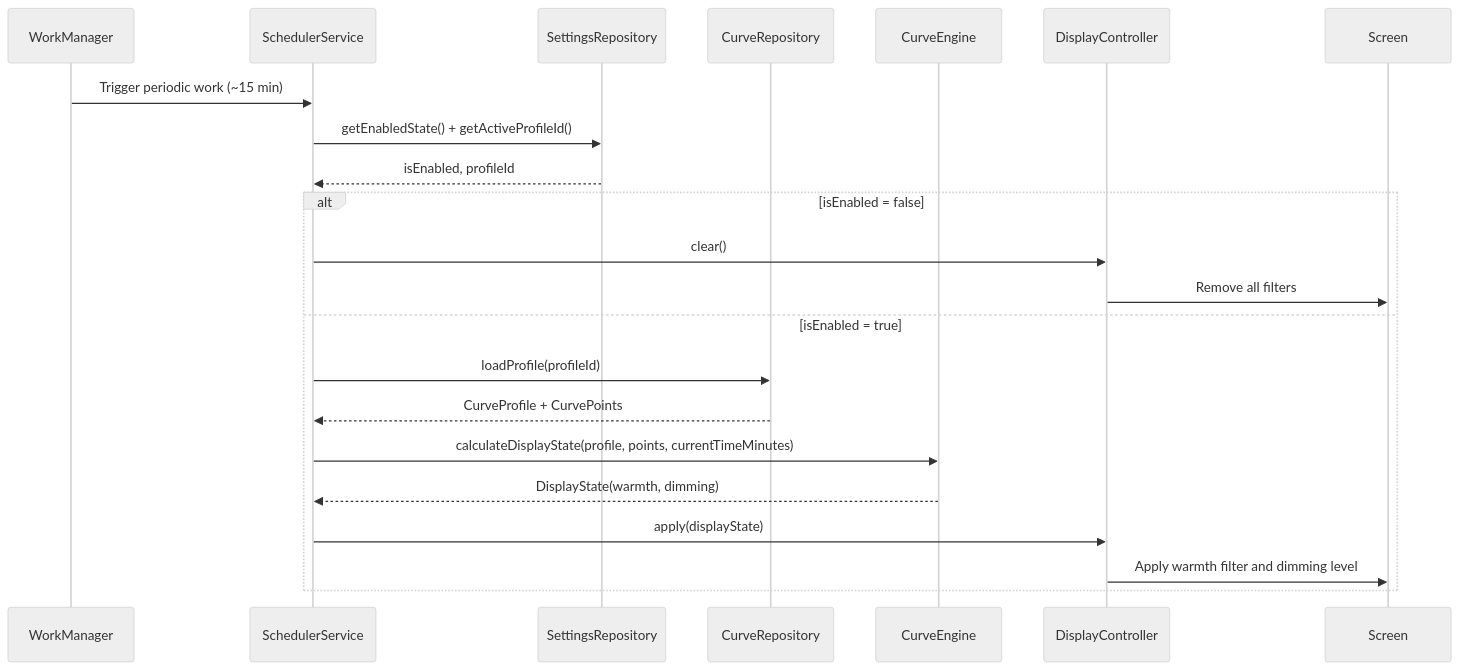
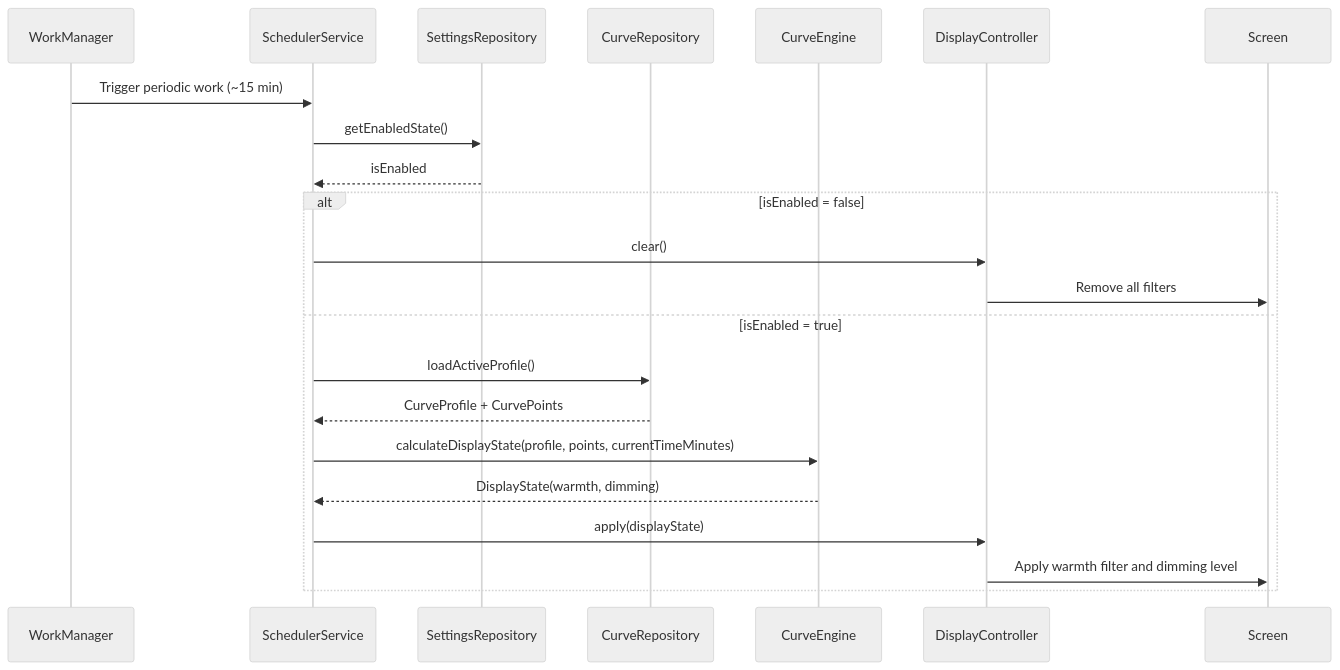
The second of 2 diagrams in ARCHITECTURE.md (tomar-mohit/circadian-display), drawn with Mermaid (neutral theme) before and after one commit. The commit also changed other lines of this file and 9 other files, not shown here.

Commit message:
Fix overlay dimming, unify active-profile source of truth, sync docs

````diff
--- a/ARCHITECTURE.md
+++ b/ARCHITECTURE.md
@@ -106,26 +106,26 @@
 ```mermaid
 sequenceDiagram
     participant WM as WorkManager
     participant SS as SchedulerService
     participant SR as SettingsRepository
     participant R as CurveRepository
     participant CE as CurveEngine
     participant DC as DisplayController
     participant Screen
 
     WM->>SS: Trigger periodic work (~15 min)
-    SS->>SR: getEnabledState() + getActiveProfileId()
-    SR-->>SS: isEnabled, profileId
+        SS->>SR: getEnabledState()
+    SR-->>SS: isEnabled
 
     alt isEnabled = false
         SS->>DC: clear()
         DC->>Screen: Remove all filters
     else isEnabled = true
-                SS->>R: loadProfile(profileId)
+                SS->>R: loadActiveProfile()
         R-->>SS: CurveProfile + CurvePoints
         SS->>CE: calculateDisplayState(profile, points, currentTimeMinutes)
         CE-->>SS: DisplayState(warmth, dimming)
         SS->>DC: apply(displayState)
         DC->>Screen: Apply warmth filter and dimming level
     end
 ```
````
